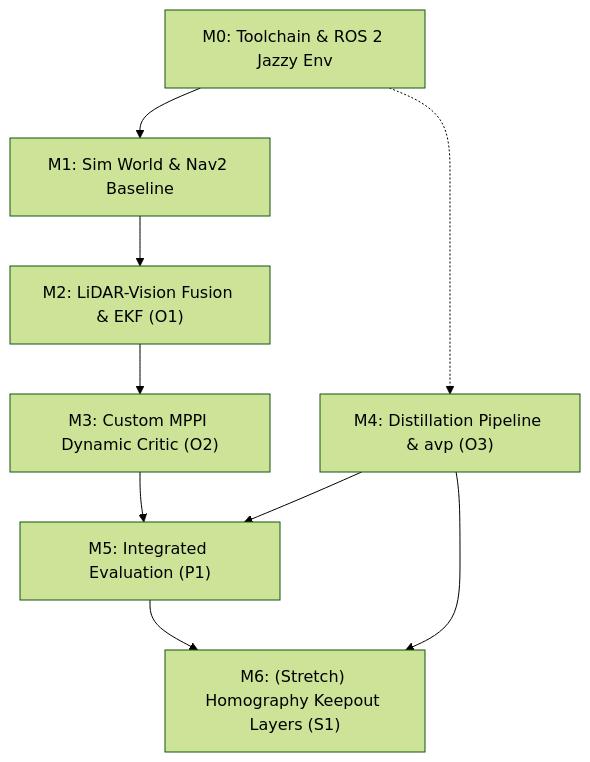
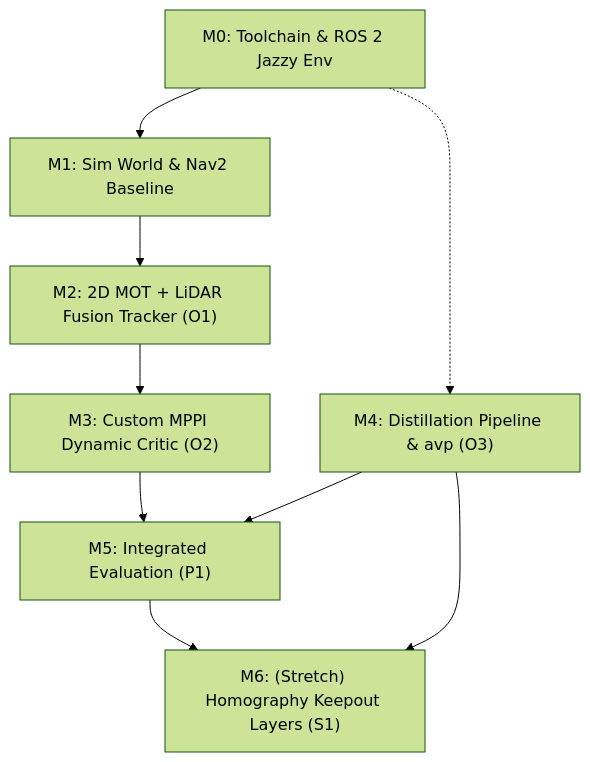
The diagram in modules/EEEE4077_mechatronics_proj/chapters/planning/methodology.md (cupcakes04/y4_ee), drawn with Mermaid (forest theme) before and after one commit. The commit also changed other lines of this file and 24 other files, not shown here.

````diff
--- a/modules/EEEE4077_mechatronics_proj/chapters/planning/methodology.md
+++ b/modules/EEEE4077_mechatronics_proj/chapters/planning/methodology.md
@@ -19,12 +19,12 @@
 ```mermaid
 flowchart TD
     M0["M0: Toolchain & ROS 2 Jazzy Env"] --> M1["M1: Sim World & Nav2 Baseline"]
-    M1 --> M2["M2: LiDAR-Vision Fusion & EKF (O1)"]
+    M1 --> M2["M2: 2D MOT + LiDAR Fusion Tracker (O1)"]
     M2 --> M3["M3: Custom MPPI Dynamic Critic (O2)"]
     M3 --> M5["M5: Integrated Evaluation (P1)"]
     
     M0 -.-> M4["M4: Distillation Pipeline & avp (O3)"]
     M4 --> M5
     M4 --> M6["M6: (Stretch) Homography Keepout Layers (S1)"]
     M5 --> M6
 ```
````
